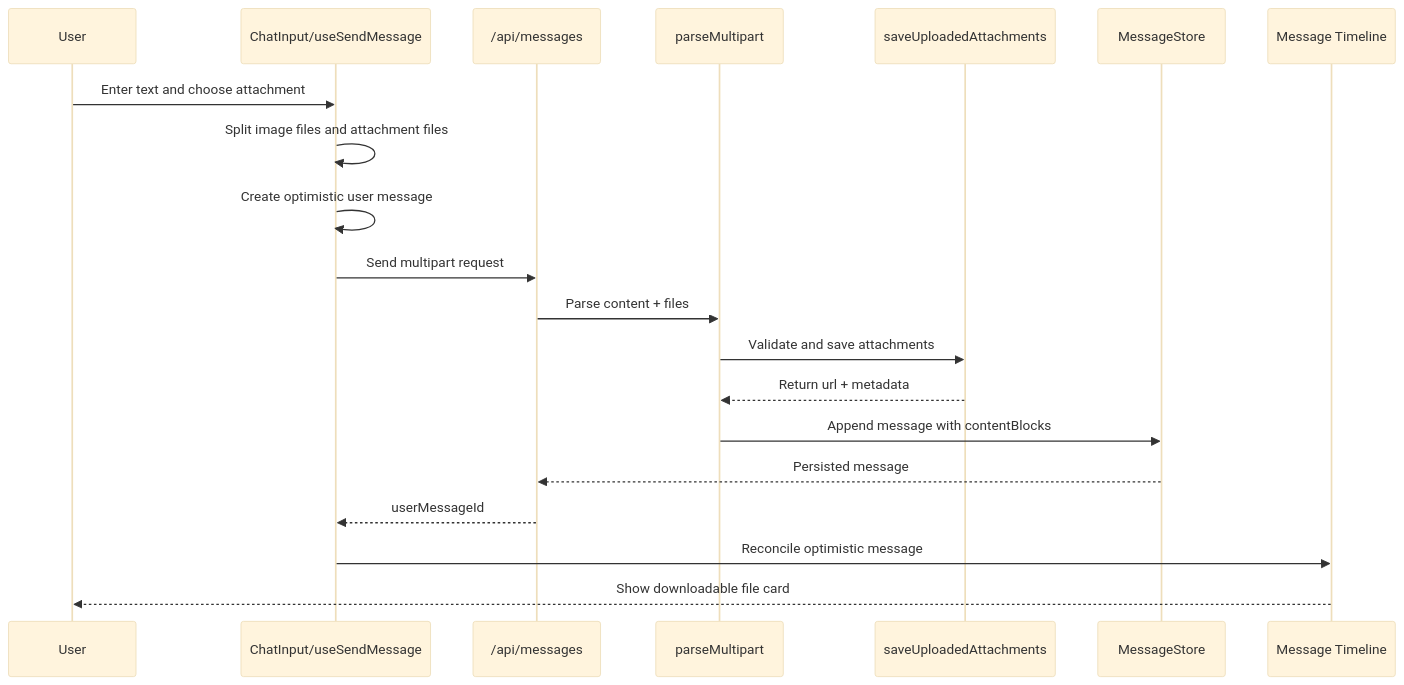
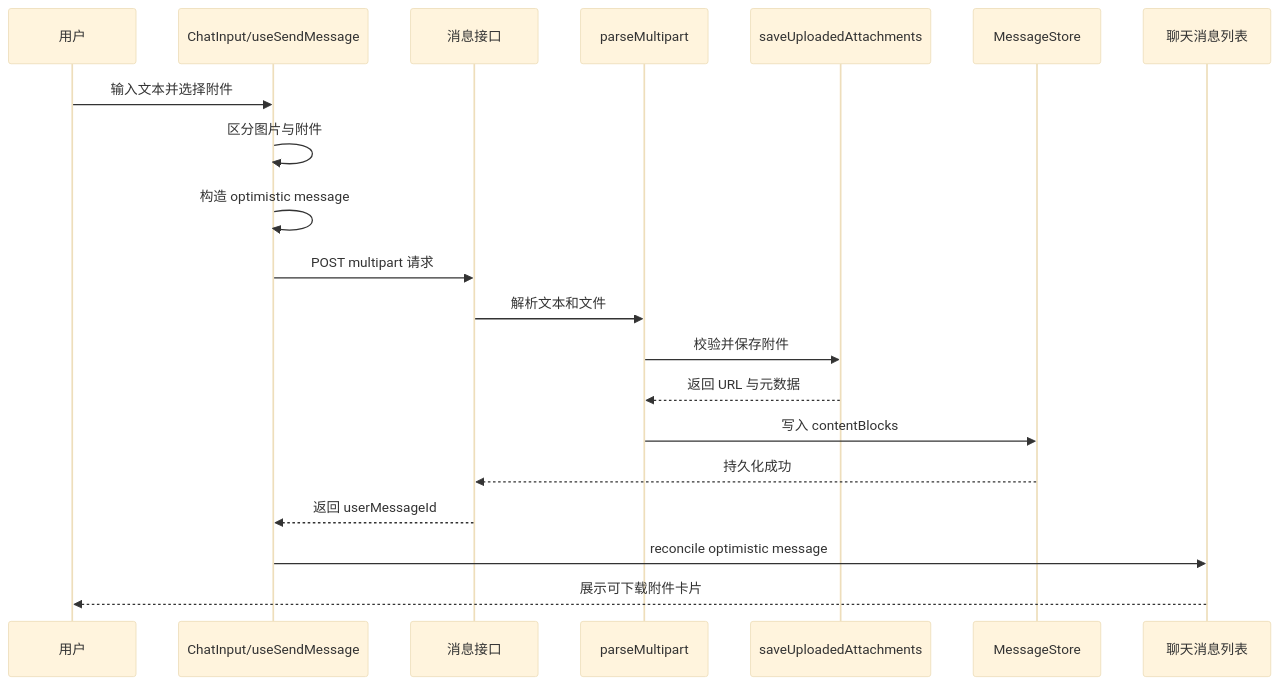
One commit to henshoudaji/clowder-ai changed the third of 7 diagrams in docs/F140-chat-attachment-upload.md. Above: the diagram before and after it, drawn with Mermaid (base theme). The commit also changed other lines of this file, not shown here.

````diff
--- a/docs/F140-chat-attachment-upload.md
+++ b/docs/F140-chat-attachment-upload.md
@@ -285,23 +385,23 @@
 ```mermaid
 sequenceDiagram
-    participant User
-    participant Web as ChatInput/useSendMessage
-    participant Api as /api/messages
+    participant User as 用户
+    participant FE as ChatInput/useSendMessage
+    participant API as 消息接口
     participant Parser as parseMultipart
     participant Saver as saveUploadedAttachments
     participant Store as MessageStore
-    participant UI as Message Timeline
+    participant UI as 聊天消息列表
 
-    User->>Web: Enter text and choose attachment
-    Web->>Web: Split image files and attachment files
-    Web->>Web: Create optimistic user message
-    Web->>Api: Send multipart request
-    Api->>Parser: Parse content + files
-    Parser->>Saver: Validate and save attachments
-    Saver-->>Parser: Return url + metadata
-    Parser->>Store: Append message with contentBlocks
-    Store-->>Api: Persisted message
-    Api-->>Web: userMessageId
-    Web->>UI: Reconcile optimistic message
-    UI-->>User: Show downloadable file card
+    User->>FE: 输入文本并选择附件
+    FE->>FE: 区分图片与附件
+    FE->>FE: 构造 optimistic message
+    FE->>API: POST multipart 请求
+    API->>Parser: 解析文本和文件
+    Parser->>Saver: 校验并保存附件
+    Saver-->>Parser: 返回 URL 与元数据
+    Parser->>Store: 写入 contentBlocks
+    Store-->>API: 持久化成功
+    API-->>FE: 返回 userMessageId
+    FE->>UI: reconcile optimistic message
+    UI-->>User: 展示可下载附件卡片
 ```
````
